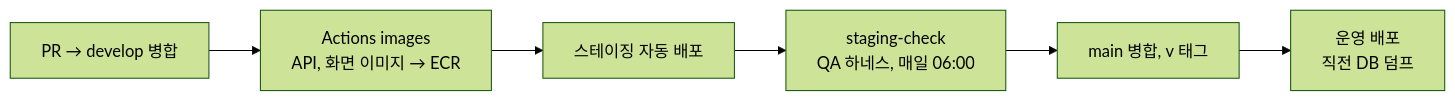
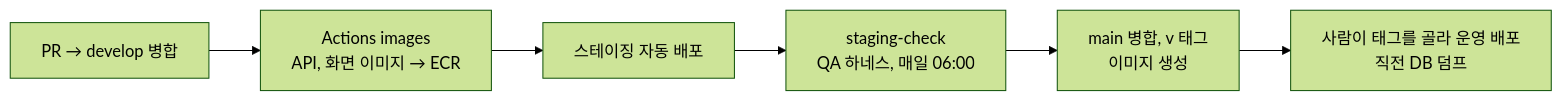
One commit to kakaotechcampus-4/ktc4-chungnam-2 changed the fifth of 5 diagrams in 최종기술문서.md. Above: the diagram before and after it, drawn with Mermaid (forest theme). The commit also changed other lines of this file and 3 other files, not shown here.

````diff
--- a/최종기술문서.md
+++ b/최종기술문서.md
@@ -303,8 +310,8 @@
 ```mermaid
 flowchart LR
   PR["PR → develop 병합"] --> IMG["Actions images<br/>API, 화면 이미지 → ECR"]
   IMG --> STG["스테이징 자동 배포"]
   STG --> CHK["staging-check<br/>QA 하네스, 매일 06:00"]
-  CHK --> TAG["main 병합, v 태그"]
-  TAG --> PRD["운영 배포<br/>직전 DB 덤프"]
+  CHK --> TAG["main 병합, v 태그<br/>이미지 생성"]
+  TAG --> PRD["사람이 태그를 골라 운영 배포<br/>직전 DB 덤프"]
 ```
````
